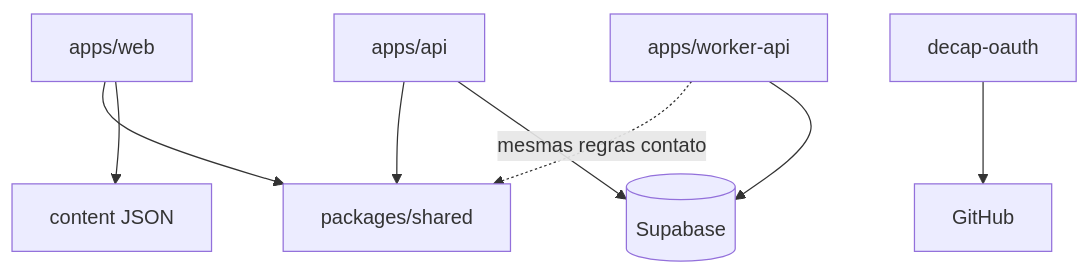
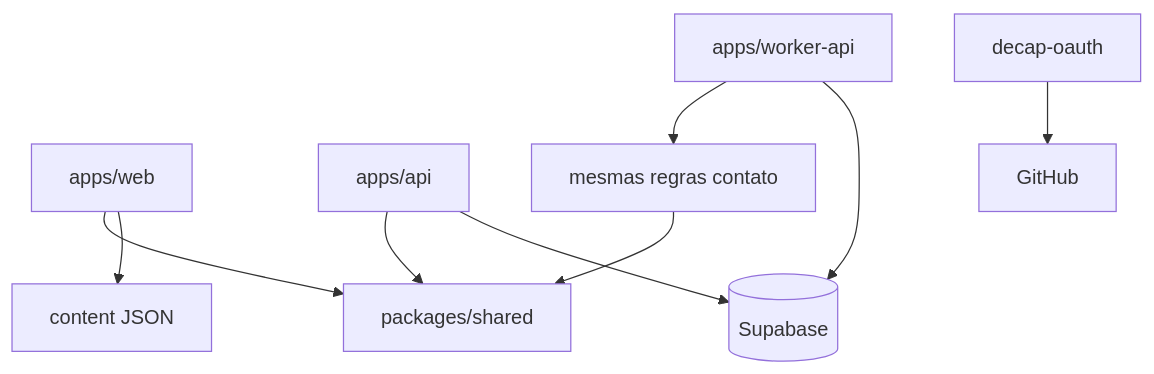
Diagram 13 of 14 in docs/architecture/system-guide.md (KleilsonSantos/kleilson-portfolio), drawn with Mermaid before and after one commit. The commit also changed other lines of this file, not shown here.

Commit message:
fix: 🐛 sintaxe Mermaid no system-guide (nó /admin)

````diff
--- a/docs/architecture/system-guide.md
+++ b/docs/architecture/system-guide.md
@@ -603,10 +605,11 @@
 ```mermaid
 flowchart TB
   web[apps/web] --> shared[packages/shared]
   api[apps/api] --> shared
-  worker[apps/worker-api] -.->|mesmas regras contato| shared
+  worker["apps/worker-api"] --> Rules["mesmas regras contato"]
+  Rules --> shared
   web --> content[content JSON]
   decap[decap-oauth] --> github[GitHub]
   worker --> supabase[(Supabase)]
   api --> supabase
 ```
````
